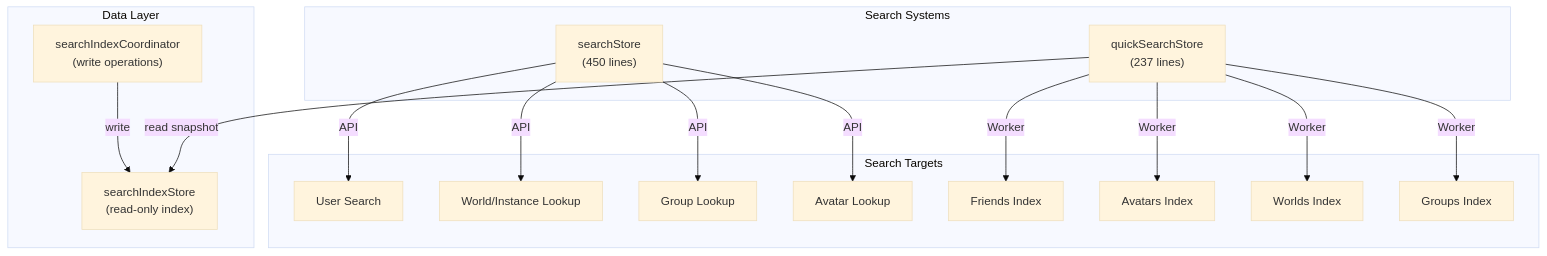
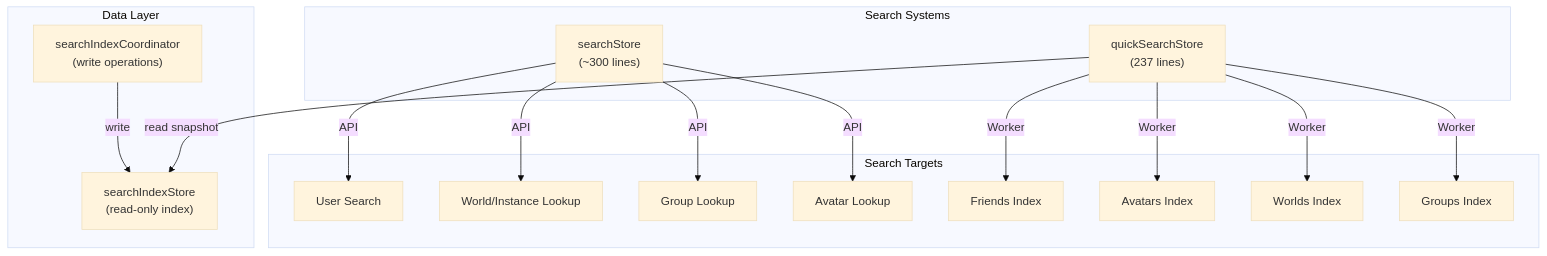
One commit to Map1en/vrcx-docs changed the first of 3 diagrams in en/modules/search-system.md. Above: the diagram before and after it, drawn with Mermaid (base theme). The commit also changed other lines of this file and 5 other files, not shown here.

````diff
--- a/en/modules/search-system.md
+++ b/en/modules/search-system.md
@@ -5,26 +5,26 @@
 ```mermaid
 graph TB
     subgraph "Search Systems"
-        SearchStore["searchStore<br/>(450 lines)"]
+        SearchStore["searchStore<br/>(~300 lines)"]
         QuickSearch["quickSearchStore<br/>(237 lines)"]
     end
 
     subgraph "Data Layer"
         SearchIndex["searchIndexStore<br/>(read-only index)"]
         Coordinator["searchIndexCoordinator<br/>(write operations)"]
     end
 
     subgraph "Search Targets"
         SearchStore -->|API| UserSearch["User Search"]
         SearchStore -->|API| WorldSearch["World/Instance Lookup"]
         SearchStore -->|API| GroupSearch["Group Lookup"]
         SearchStore -->|API| AvatarSearch["Avatar Lookup"]
         QuickSearch -->|Worker| Friends["Friends Index"]
         QuickSearch -->|Worker| Avatars["Avatars Index"]
         QuickSearch -->|Worker| Worlds["Worlds Index"]
         QuickSearch -->|Worker| Groups["Groups Index"]
     end
 
     Coordinator -->|write| SearchIndex
     QuickSearch -->|read snapshot| SearchIndex
 ```
````
